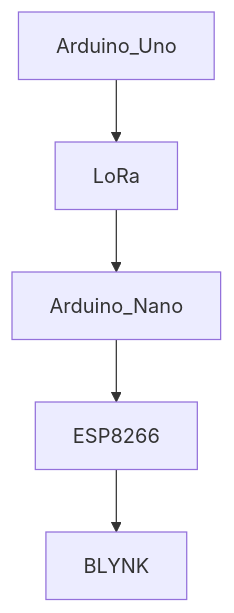
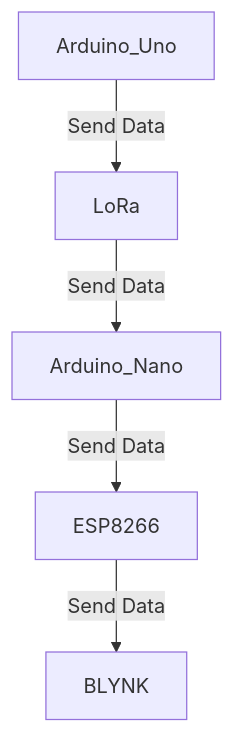
Before and after one commit to william60302/IoT_Team2: the diagram in README.md, drawn with Mermaid.

````diff
--- a/README.md
+++ b/README.md
@@ -26,7 +26,7 @@
 ```mermaid
 graph TD;
-    Arduino_Uno-->LoRa;
-    LoRa-->Arduino_Nano;
-    Arduino_Nano-->ESP8266;
-    ESP8266-->BLYNK
+    Arduino_Uno-- Send Data -->LoRa;
+    LoRa-- Send Data -->Arduino_Nano;
+    Arduino_Nano-- Send Data -->ESP8266;
+    ESP8266-- Send Data -->BLYNK
 ```
````
